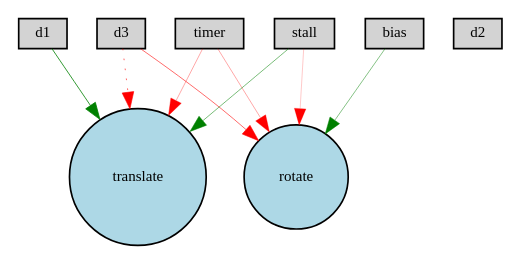
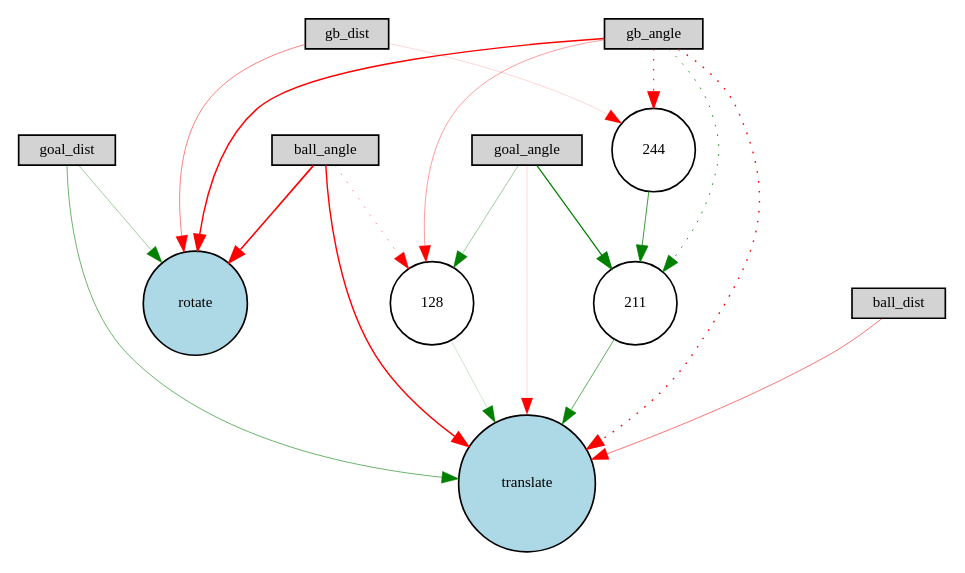
One commit to reikawa13/aitk_soccer_experiments changed the diagram in notebooks/Advanced/Digraph.gv. Above: the diagram before and after it, drawn with Graphviz. The commit also changed 7 other files, not shown here.

```diff
--- a/notebooks/Advanced/Digraph.gv
+++ b/notebooks/Advanced/Digraph.gv
@@ -1,19 +1,33 @@
 digraph {
 	node [fontsize=9 height=0.2 shape=circle width=0.2]
-	d1 [fillcolor=lightgray shape=box style=filled]
-	d2 [fillcolor=lightgray shape=box style=filled]
-	d3 [fillcolor=lightgray shape=box style=filled]
-	timer [fillcolor=lightgray shape=box style=filled]
-	stall [fillcolor=lightgray shape=box style=filled]
-	bias [fillcolor=lightgray shape=box style=filled]
+	ball_dist [fillcolor=lightgray shape=box style=filled]
+	ball_angle [fillcolor=lightgray shape=box style=filled]
+	goal_dist [fillcolor=lightgray shape=box style=filled]
+	goal_angle [fillcolor=lightgray shape=box style=filled]
+	gb_dist [fillcolor=lightgray shape=box style=filled]
+	gb_angle [fillcolor=lightgray shape=box style=filled]
 	translate [fillcolor=lightblue style=filled]
 	rotate [fillcolor=lightblue style=filled]
-	d1 -> translate [color=green penwidth=0.4757964255263353 style=solid]
-	d3 -> translate [color=red penwidth=0.3725568503015123 style=dotted]
-	d3 -> rotate [color=red penwidth=0.3542306280997819 style=solid]
-	timer -> translate [color=red penwidth=0.210010731271158 style=solid]
-	timer -> rotate [color=red penwidth=0.20600885031790328 style=solid]
-	stall -> translate [color=green penwidth=0.3180905307142815 style=solid]
-	stall -> rotate [color=red penwidth=0.1292401926700967 style=solid]
-	bias -> rotate [color=green penwidth=0.2889340968200527 style=solid]
+	128 [fillcolor=white style=filled]
+	211 [fillcolor=white style=filled]
+	244 [fillcolor=white style=filled]
+	ball_dist -> translate [color=red penwidth=0.32757831008550414 style=solid]
+	ball_angle -> translate [color=red penwidth=0.8588440918908833 style=solid]
+	ball_angle -> rotate [color=red penwidth=0.9835920378872439 style=solid]
+	goal_dist -> translate [color=green penwidth=0.34880309447310515 style=solid]
+	goal_dist -> rotate [color=green penwidth=0.23318473238674026 style=solid]
+	goal_angle -> translate [color=red penwidth=0.104935362938171 style=solid]
+	gb_dist -> rotate [color=red penwidth=0.30378521341260734 style=solid]
+	gb_angle -> translate [color=red penwidth=0.8152580078741206 style=dotted]
+	gb_angle -> rotate [color=red penwidth=0.850282016685883 style=solid]
+	gb_angle -> 128 [color=red penwidth=0.23335763733588977 style=solid]
+	128 -> translate [color=green penwidth=0.1223045847330087 style=solid]
+	gb_angle -> 211 [color=green penwidth=0.5142734671751786 style=dotted]
+	211 -> translate [color=green penwidth=0.3845487493387457 style=solid]
+	gb_angle -> 244 [color=red penwidth=0.6492076598256783 style=dotted]
+	244 -> 211 [color=green penwidth=0.4618762995004698 style=solid]
+	ball_angle -> 128 [color=red penwidth=0.26594016476658605 style=dotted]
+	goal_angle -> 211 [color=green penwidth=0.7363192514467466 style=solid]
+	goal_angle -> 128 [color=green penwidth=0.2340028103983705 style=solid]
+	gb_dist -> 244 [color=red penwidth=0.10062966895645349 style=solid]
 }
```
